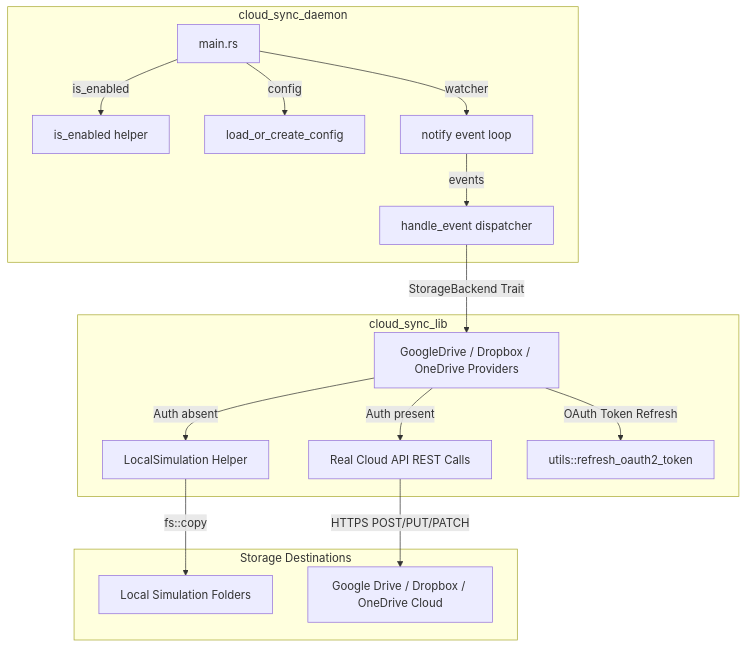
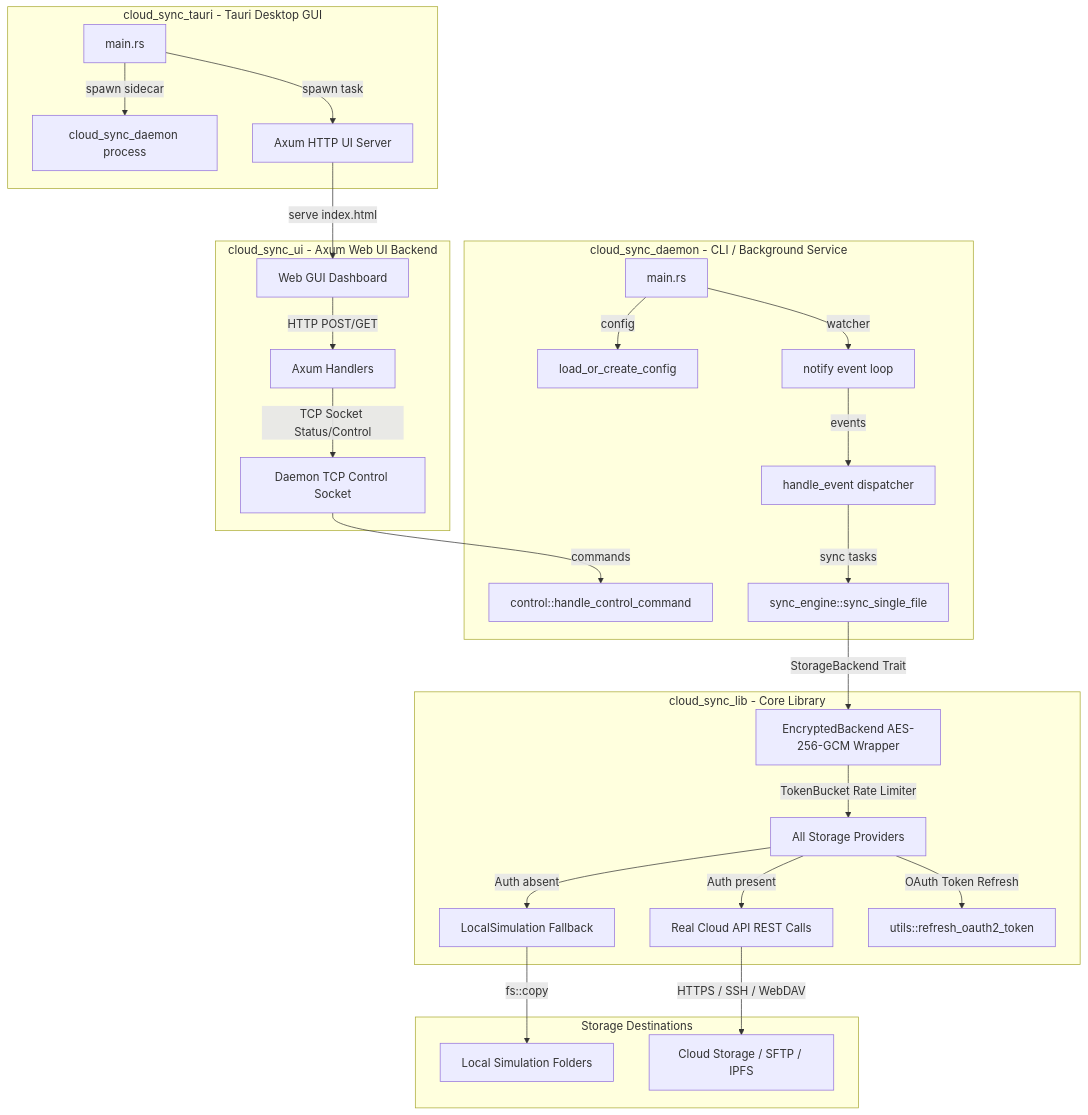
The diagram in docs/architecture.md (clockworkengineer/cloud_sync_lib), drawn with Mermaid before and after one commit. The commit also changed other lines of this file and 3 other files, not shown here.

````diff
--- a/docs/architecture.md
+++ b/docs/architecture.md
@@ -11,23 +11,36 @@
 ```mermaid
 graph TD
-    subgraph cloud_sync_daemon [cloud_sync_daemon]
-        main[main.rs] -->|is_enabled| is_enabled[is_enabled helper]
-        main -->|config| load_config[load_or_create_config]
+    subgraph cloud_sync_tauri [cloud_sync_tauri - Tauri Desktop GUI]
+        tauri_main[main.rs] -->|spawn sidecar| daemon_bin[cloud_sync_daemon process]
+        tauri_main -->|spawn task| ui_server[Axum HTTP UI Server]
+    end
+
+    subgraph cloud_sync_ui [cloud_sync_ui - Axum Web UI Backend]
+        ui_server -->|serve index.html| web_dashboard[Web GUI Dashboard]
+        web_dashboard -->|HTTP POST/GET| ui_handlers[Axum Handlers]
+        ui_handlers -->|TCP Socket Status/Control| daemon_socket[Daemon TCP Control Socket]
+    end
+
+    subgraph cloud_sync_daemon [cloud_sync_daemon - CLI / Background Service]
+        daemon_socket -->|commands| control_loop[control::handle_control_command]
+        main[main.rs] -->|config| load_config[load_or_create_config]
         main -->|watcher| notify[notify event loop]
         notify -->|events| handle_event[handle_event dispatcher]
+        handle_event -->|sync tasks| sync_engine[sync_engine::sync_single_file]
     end
 
-    subgraph cloud_sync_lib [cloud_sync_lib]
-        handle_event -->|StorageBackend Trait| providers[GoogleDrive / Dropbox / OneDrive Providers]
+    subgraph cloud_sync_lib [cloud_sync_lib - Core Library]
+        sync_engine -->|StorageBackend Trait| enc_wrapper[EncryptedBackend AES-256-GCM Wrapper]
+        enc_wrapper -->|TokenBucket Rate Limiter| providers[All Storage Providers]
         
-        providers -->|Auth absent| local_sim[LocalSimulation Helper]
+        providers -->|Auth absent| local_sim[LocalSimulation Fallback]
         providers -->|Auth present| real_api[Real Cloud API REST Calls]
         
         providers -->|OAuth Token Refresh| utils[utils::refresh_oauth2_token]
     end
 
     subgraph Storage [Storage Destinations]
         local_sim -->|fs::copy| sim_dirs[Local Simulation Folders]
-        real_api -->|HTTPS POST/PUT/PATCH| cloud_storage[Google Drive / Dropbox / OneDrive Cloud]
+        real_api -->|HTTPS / SSH / WebDAV| cloud_storage[Cloud Storage / SFTP / IPFS]
     end
 ```
````
